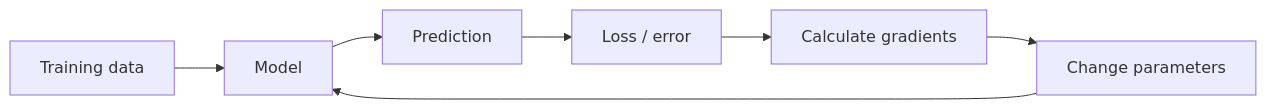
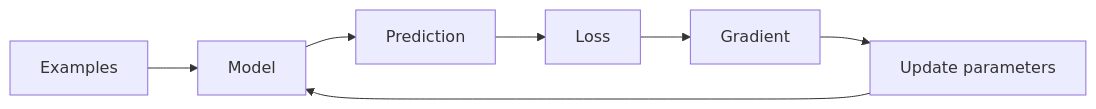
One commit to manish7725/deeplearning changed the diagram in blogs/01-what-is-learning.md. Above: the diagram before and after it, drawn with Mermaid. The commit also changed other lines of this file, not shown here.

````diff
--- a/blogs/01-what-is-learning.md
+++ b/blogs/01-what-is-learning.md
@@ -328,9 +354,9 @@
 ```mermaid
 flowchart LR
-    A[Training data] --> B[Model]
+    A[Examples] --> B[Model]
     B --> C[Prediction]
-    C --> D[Loss / error]
-    D --> E[Calculate gradients]
-    E --> F[Change parameters]
+    C --> D[Loss]
+    D --> E[Gradient]
+    E --> F[Update parameters]
     F --> B
 ```
````
